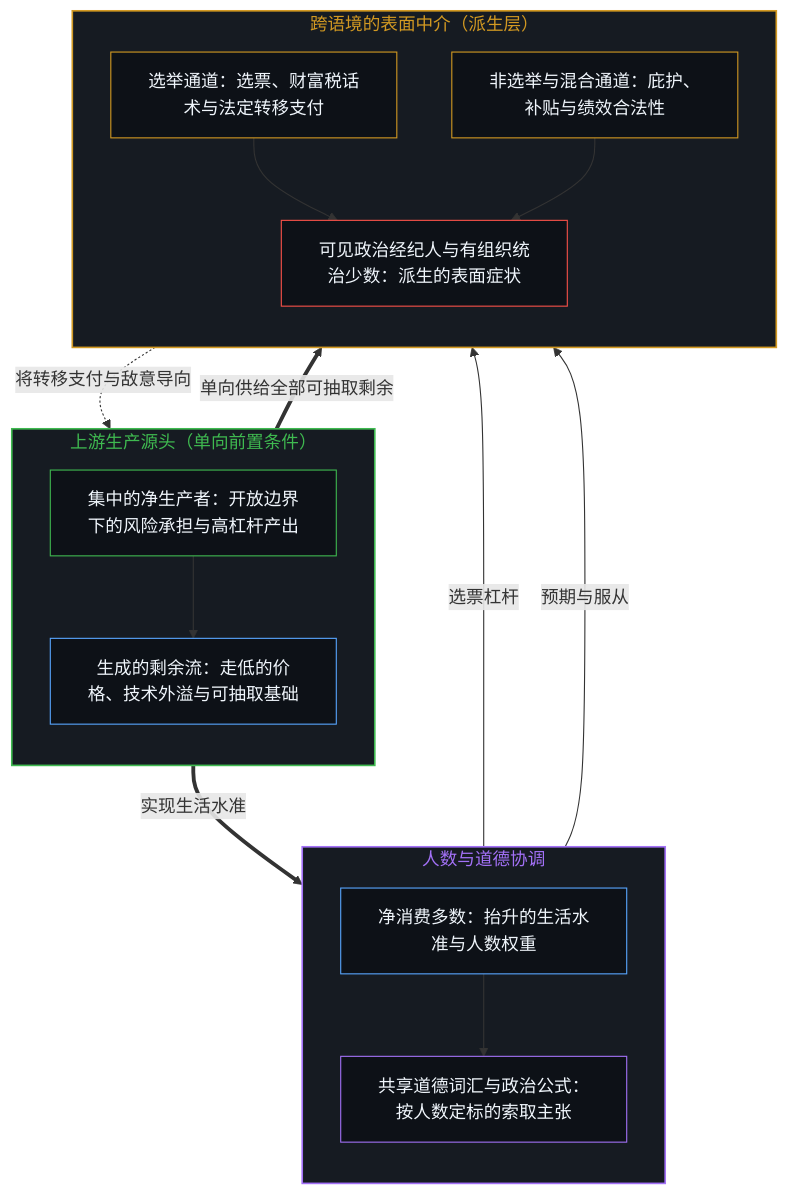
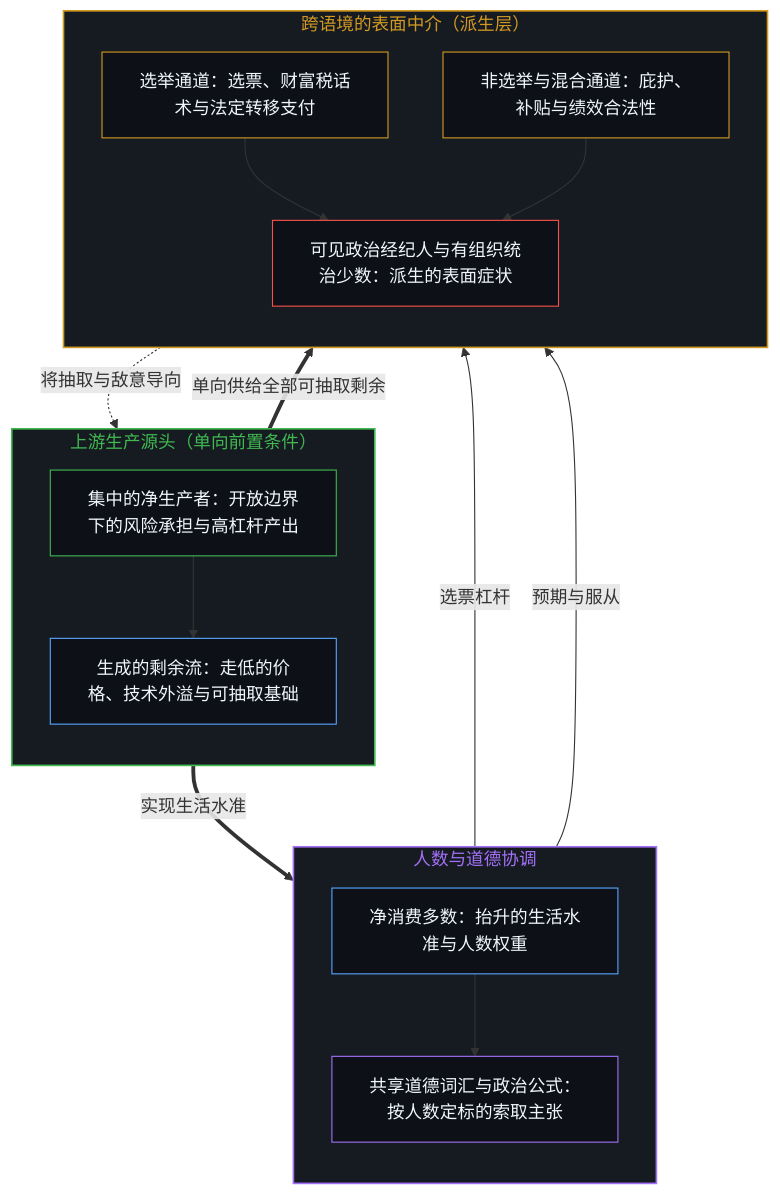
The first of 4 diagrams in content/posts/the-ultimate-constraint-of-the-net-producer.md (powerpig99/not-a-toe), drawn with Mermaid before and after one commit. The commit also changed other lines of this file and 2 other files, not shown here.

Commit message:
Consolidate Deep Sleep Batch 23: refine 2 essays

````diff
--- a/content/posts/the-ultimate-constraint-of-the-net-producer.md
+++ b/content/posts/the-ultimate-constraint-of-the-net-producer.md
@@ -31,38 +31,38 @@
 ```mermaid
 flowchart TD
     subgraph S_Prod["上游生产源头（单向前置条件）"]
         direction TB
         P1["集中的净生产者：开放边界下的风险承担与高杠杆产出"]
         P2["生成的剩余流：走低的价格、技术外溢与可抽取基础"]
         P1 --> P2
     end
     subgraph S_Maj["人数与道德协调"]
         direction TB
         M1["净消费多数：抬升的生活水准与人数权重"]
         M2["共享道德词汇与政治公式：按人数定标的索取主张"]
         M1 --> M2
     end
     subgraph S_Surf["跨语境的表面中介（派生层）"]
         direction TB
         B_Vote["选举通道：选票、财富税话术与法定转移支付"]
         B_Auth["非选举与混合通道：庇护、补贴与绩效合法性"]
         B_Elite["可见政治经纪人与有组织统治少数：派生的表面症状"]
         B_Vote --> B_Elite
         B_Auth --> B_Elite
     end
     P2 ==>|"实现生活水准"| M1
     P2 ==>|"单向供给全部可抽取剩余"| B_Elite
     M2 -->|"选票杠杆"| B_Vote
     M2 -->|"预期与服从"| B_Auth
-    B_Elite -.->|"将转移支付与敌意导向"| P1
+    B_Elite -.->|"将抽取与敌意导向"| P1
     style S_Prod fill:#161b22,stroke:#3fb950,stroke-width:1.5px,color:#3fb950
     style S_Maj fill:#161b22,stroke:#a371f7,stroke-width:1.5px,color:#a371f7
     style S_Surf fill:#161b22,stroke:#d29922,stroke-width:1.5px,color:#d29922
     style P1 fill:#0d1117,stroke:#3fb950,stroke-width:1px,color:#f0f6fc
     style P2 fill:#0d1117,stroke:#58a6ff,stroke-width:1px,color:#f0f6fc
     style M1 fill:#0d1117,stroke:#58a6ff,stroke-width:1px,color:#f0f6fc
     style M2 fill:#0d1117,stroke:#a371f7,stroke-width:1px,color:#f0f6fc
     style B_Vote fill:#0d1117,stroke:#d29922,stroke-width:1px,color:#f0f6fc
     style B_Auth fill:#0d1117,stroke:#d29922,stroke-width:1px,color:#f0f6fc
     style B_Elite fill:#0d1117,stroke:#f85149,stroke-width:1px,color:#f0f6fc
 ```
````
